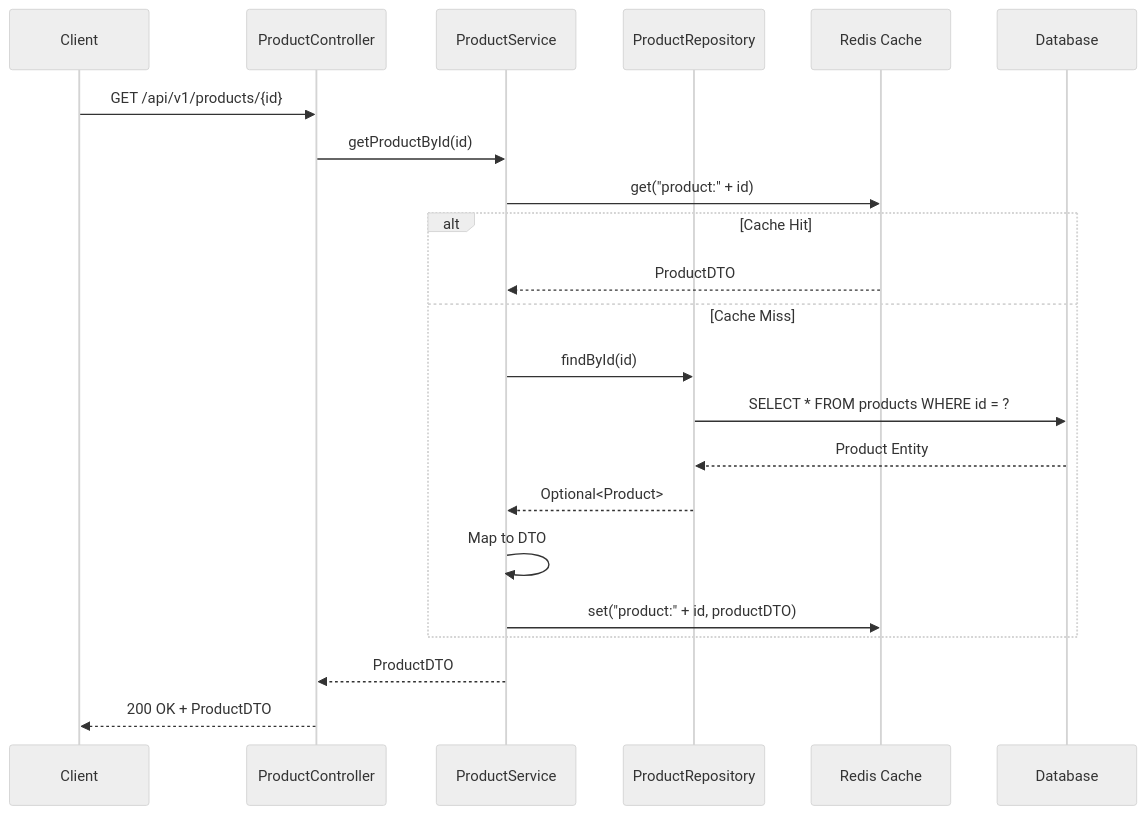
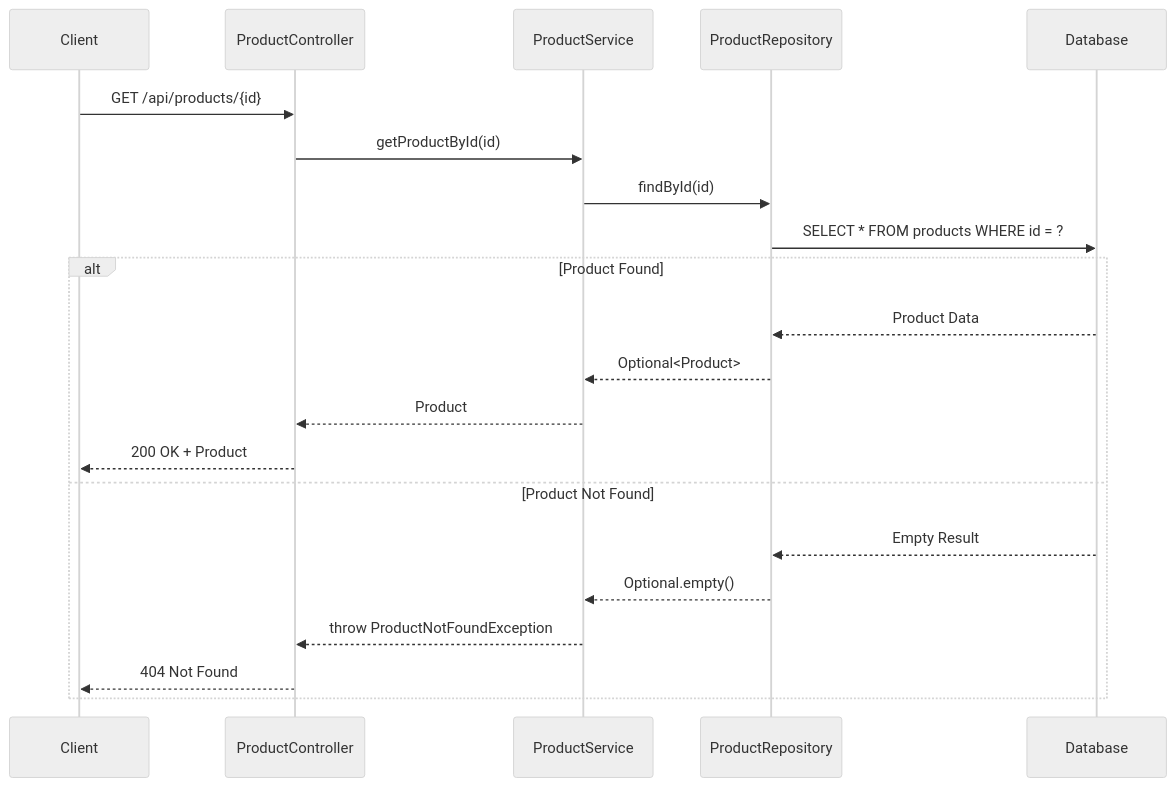
One commit to NavneetBN47/aava-ecom-demo changed the tenth of 26 diagrams in docs/LLD/modified_lld.md. Above: the diagram before and after it, drawn with Mermaid (neutral theme). The commit also changed other lines of this file, not shown here.

````diff
--- a/docs/LLD/modified_lld.md
+++ b/docs/LLD/modified_lld.md
@@ -930,25 +1362,25 @@
 ```mermaid
 sequenceDiagram
     participant Client
-    participant Controller as ProductController
-    participant Service as ProductService
-    participant Repository as ProductRepository
-    participant Cache as Redis Cache
-    participant DB as Database
+    participant ProductController
+    participant ProductService
+    participant ProductRepository
+    participant Database
     
-    Client->>Controller: GET /api/v1/products/{id}
-    Controller->>Service: getProductById(id)
-    Service->>Cache: get("product:" + id)
-    alt Cache Hit
-        Cache-->>Service: ProductDTO
-    else Cache Miss
-        Service->>Repository: findById(id)
-        Repository->>DB: SELECT * FROM products WHERE id = ?
-        DB-->>Repository: Product Entity
-        Repository-->>Service: Optional<Product>
-        Service->>Service: Map to DTO
-        Service->>Cache: set("product:" + id, productDTO)
+    Client->>ProductController: GET /api/products/{id}
+    ProductController->>ProductService: getProductById(id)
+    ProductService->>ProductRepository: findById(id)
+    ProductRepository->>Database: SELECT * FROM products WHERE id = ?
+    
+    alt Product Found
+        Database-->>ProductRepository: Product Data
+        ProductRepository-->>ProductService: Optional<Product>
+        ProductService-->>ProductController: Product
+        ProductController-->>Client: 200 OK + Product
+    else Product Not Found
+        Database-->>ProductRepository: Empty Result
+        ProductRepository-->>ProductService: Optional.empty()
+        ProductService-->>ProductController: throw ProductNotFoundException
+        ProductController-->>Client: 404 Not Found
     end
-    Service-->>Controller: ProductDTO
-    Controller-->>Client: 200 OK + ProductDTO
 ```
````
